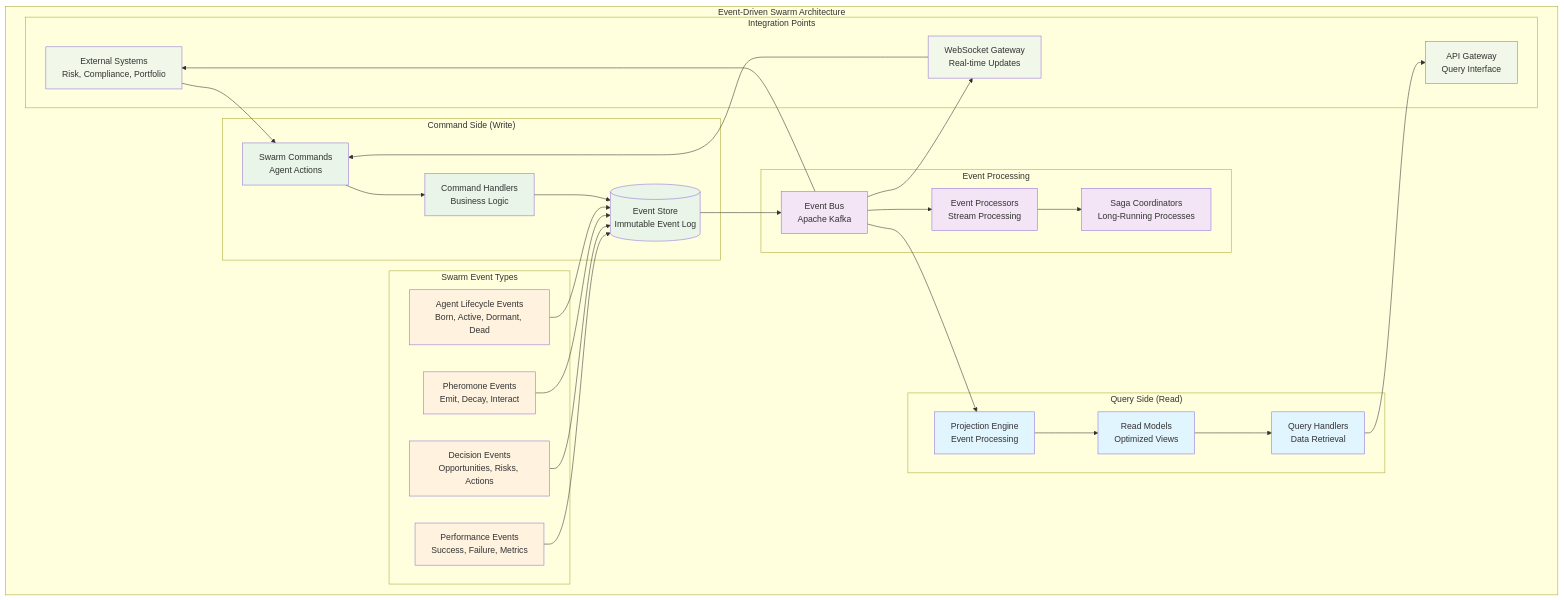
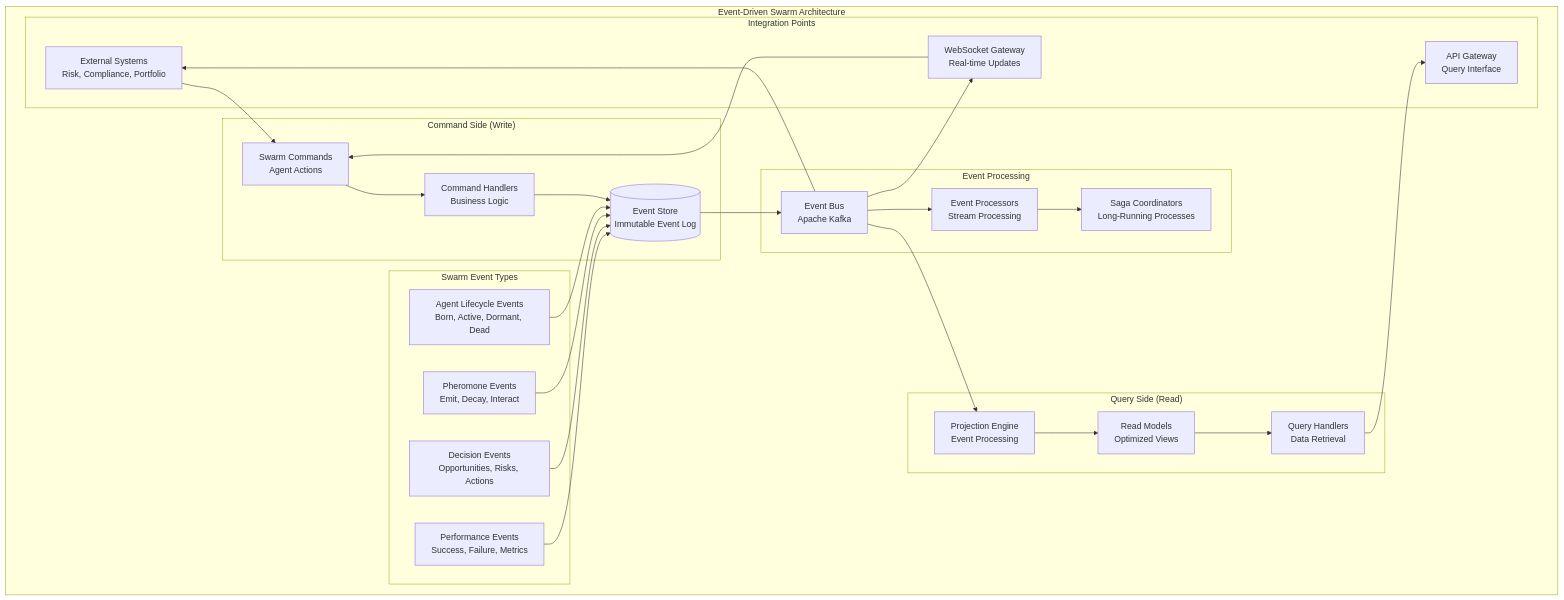
Before and after one commit to petewilburn/Python-Programs-for-Fun-and-Education: the ninth of 12 diagrams in src/Python_Programs/Hierarchical_Swarm_Enterprise_Architecture.md, drawn with Mermaid. The commit also changed other lines of this file and 3 other files, not shown here.

Commit message:
Remove all Mermaid styling for better dark mode compatibility

````diff
--- a/src/Python_Programs/Hierarchical_Swarm_Enterprise_Architecture.md
+++ b/src/Python_Programs/Hierarchical_Swarm_Enterprise_Architecture.md
@@ -754,79 +669,68 @@
 ```mermaid
 graph TB
     subgraph "Event-Driven Swarm Architecture"
         subgraph "Command Side (Write)"
             SwarmCommands[Swarm Commands<br/>Agent Actions]
             CommandHandlers[Command Handlers<br/>Business Logic]
             EventStore[(Event Store<br/>Immutable Event Log)]
         end
         
         subgraph "Query Side (Read)"
             ReadModels[Read Models<br/>Optimized Views]
             QueryHandlers[Query Handlers<br/>Data Retrieval]
             ProjectionEngine[Projection Engine<br/>Event Processing]
         end
         
         subgraph "Swarm Event Types"
             AgentEvents[Agent Lifecycle Events<br/>Born, Active, Dormant, Dead]
             PheromoneEvents[Pheromone Events<br/>Emit, Decay, Interact]
             DecisionEvents[Decision Events<br/>Opportunities, Risks, Actions]
             PerformanceEvents[Performance Events<br/>Success, Failure, Metrics]
         end
         
         subgraph "Event Processing"
             EventBus[Event Bus<br/>Apache Kafka]
             EventProcessors[Event Processors<br/>Stream Processing]
             Sagas[Saga Coordinators<br/>Long-Running Processes]
         end
         
         subgraph "Integration Points"
             ExternalSystems[External Systems<br/>Risk, Compliance, Portfolio]
             ApiGateway[API Gateway<br/>Query Interface]
             WebSockets[WebSocket Gateway<br/>Real-time Updates]
         end
     end
     
     %% Command flow
     SwarmCommands --> CommandHandlers
     CommandHandlers --> EventStore
     
     %% Event types to store
     AgentEvents --> EventStore
     PheromoneEvents --> EventStore
     DecisionEvents --> EventStore
     PerformanceEvents --> EventStore
     
     %% Event store to bus
     EventStore --> EventBus
     
     %% Event processing
     EventBus --> EventProcessors
     EventBus --> ProjectionEngine
     EventProcessors --> Sagas
     
     %% Query side
     ProjectionEngine --> ReadModels
     ReadModels --> QueryHandlers
     
     %% Integration
     QueryHandlers --> ApiGateway
     EventBus --> ExternalSystems
     EventBus --> WebSockets
     
     %% Feedback loops
     ExternalSystems --> SwarmCommands
     WebSockets --> SwarmCommands
     
     %% Styling
-    classDef command fill:#e8f5e8
-    classDef query fill:#e1f5fe
-    classDef events fill:#fff3e0
-    classDef processing fill:#f3e5f5
-    classDef integration fill:#f1f8e9
-    
-    class SwarmCommands,CommandHandlers,EventStore command
-    class ReadModels,QueryHandlers,ProjectionEngine query
-    class AgentEvents,PheromoneEvents,DecisionEvents,PerformanceEvents events
-    class EventBus,EventProcessors,Sagas processing
-    class ExternalSystems,ApiGateway,WebSockets integration
 ```
````
